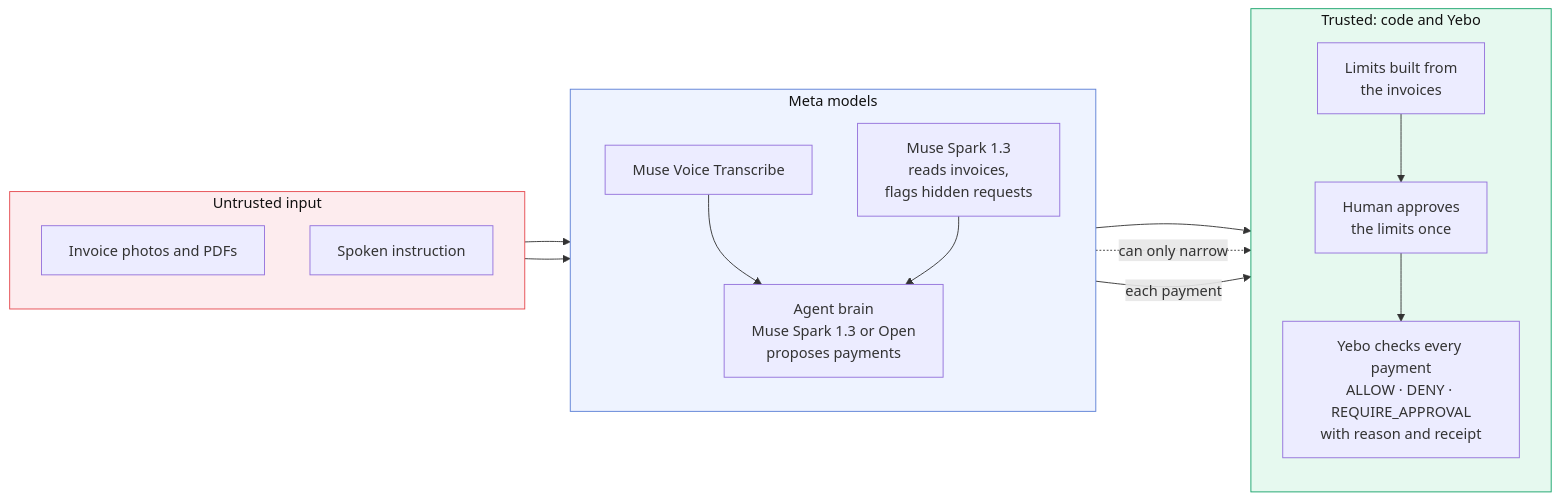
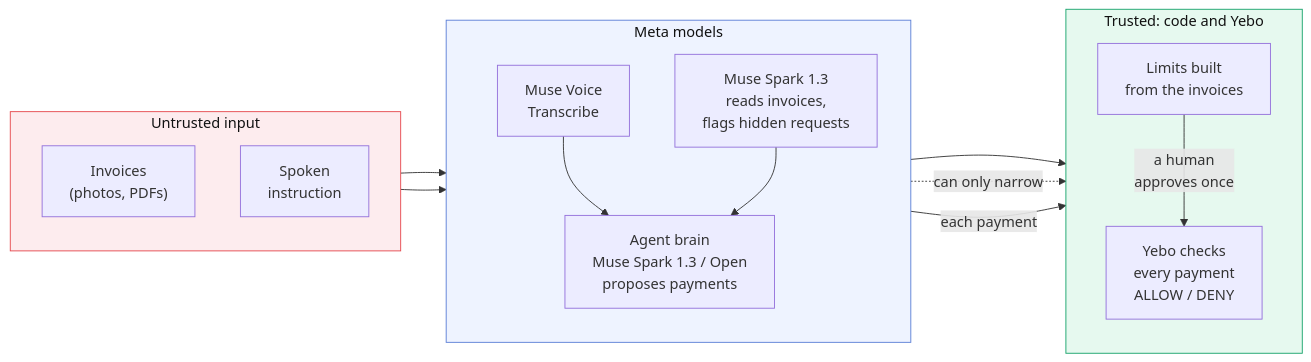
The diagram in README.md (Unclefole/yebo-muse-agent), drawn with Mermaid before and after one commit.

Commit message:
docs: narrower diagram so GitHub centres it clear of the zoom controls

````diff
--- a/README.md
+++ b/README.md
@@ -39,35 +39,33 @@
 ```mermaid
-%%{init: {"flowchart": {"diagramPadding": 48}}}%%
 flowchart LR
   subgraph untrusted["Untrusted input"]
     direction TB
-    INV["Invoice photos and PDFs"]
-    VOICE["Spoken instruction"]
+    INV["Invoices<br/>(photos, PDFs)"]
+    VOICE["Spoken<br/>instruction"]
   end
 
   subgraph meta["Meta models"]
     direction TB
     READ["Muse Spark 1.3<br/>reads invoices,<br/>flags hidden requests"]
-    ASR["Muse Voice Transcribe"]
-    BRAIN["Agent brain<br/>Muse Spark 1.3 or Open<br/>proposes payments"]
+    ASR["Muse Voice<br/>Transcribe"]
+    BRAIN["Agent brain<br/>Muse Spark 1.3 / Open<br/>proposes payments"]
   end
 
   subgraph trusted["Trusted: code and Yebo"]
     direction TB
-    LIMITS["Limits built from<br/>the invoices"]
-    HUMAN["Human approves<br/>the limits once"]
-    GATE["Yebo checks every payment<br/>ALLOW · DENY · REQUIRE_APPROVAL<br/>with reason and receipt"]
+    LIMITS["Limits built<br/>from the invoices"]
+    GATE["Yebo checks<br/>every payment<br/>ALLOW / DENY"]
   end
 
   INV --> READ
   VOICE --> ASR --> BRAIN
   READ --> BRAIN
   READ --> LIMITS
   BRAIN -.->|"can only narrow"| LIMITS
-  LIMITS --> HUMAN --> GATE
+  LIMITS -->|"a human<br/>approves once"| GATE
   BRAIN -->|"each payment"| GATE
 
   style untrusted fill:#fdecee,stroke:#e5484d,color:#111
   style meta fill:#eef3ff,stroke:#5b7fd6,color:#111
   style trusted fill:#e6f9ef,stroke:#16a36a,color:#111
 ```
````
